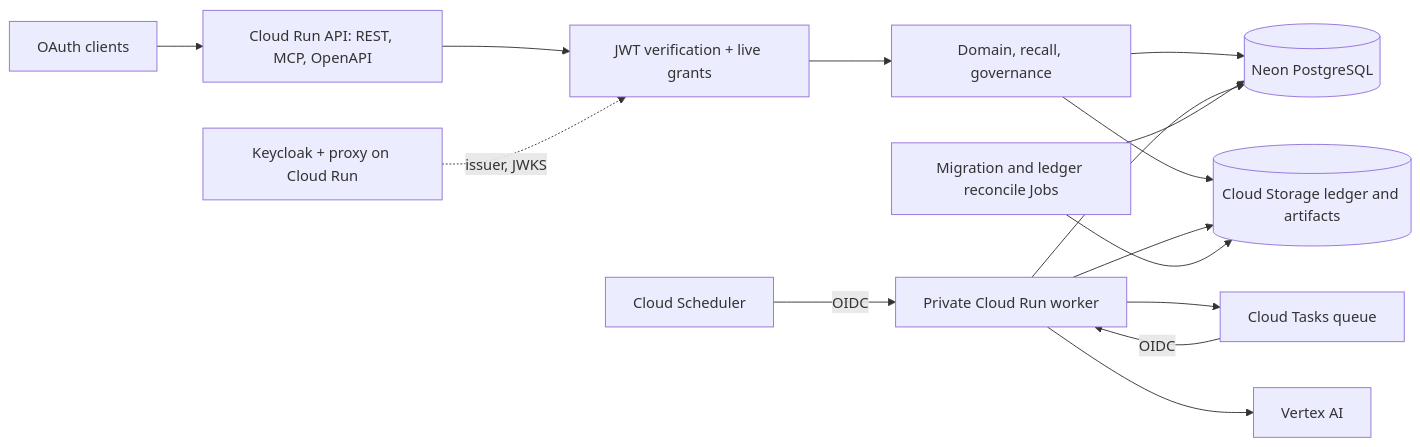
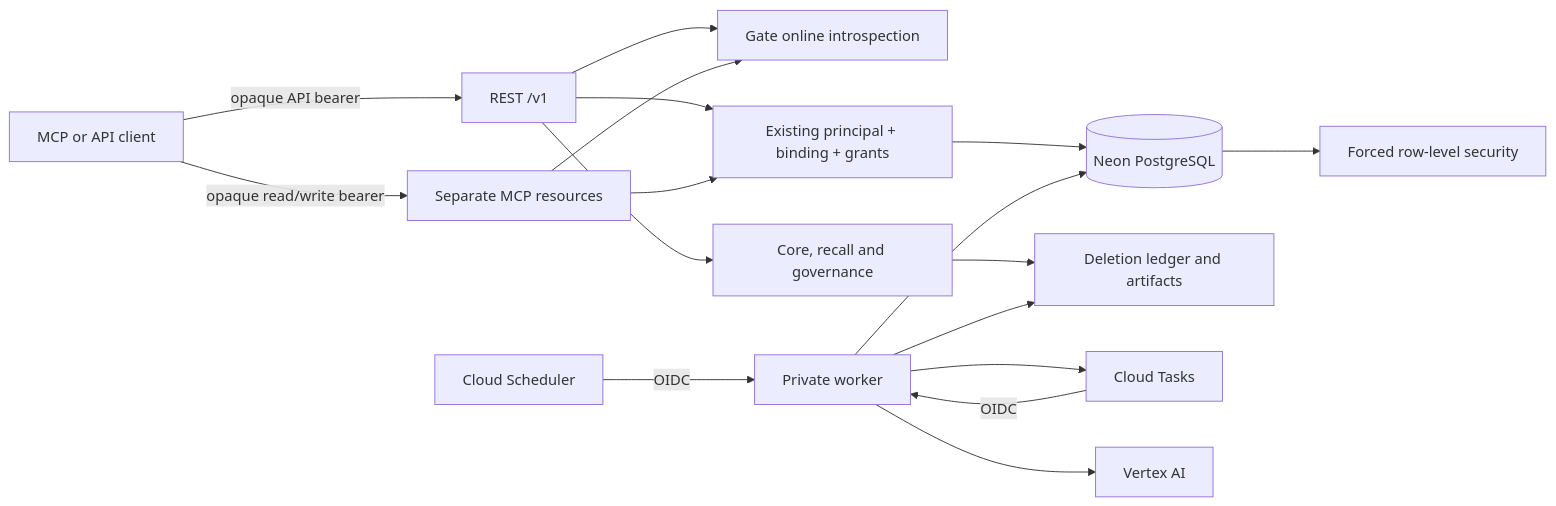
The diagram in docs/technical/infrastructure.md (takezoh/syntoria-lore), drawn with Mermaid before and after one commit. The commit also changed other lines of this file and 103 other files, not shown here.

First line of the commit message:
refactor: delegate authentication to Gate and keep Lore API-only

````diff
--- a/docs/technical/infrastructure.md
+++ b/docs/technical/infrastructure.md
@@ -7,17 +9,19 @@
 ```mermaid
 flowchart LR
-  Clients[OAuth clients] --> API[Cloud Run API: REST, MCP, OpenAPI]
-  API --> Verify[JWT verification + live grants]
-  Verify --> Core[Domain, recall, governance]
-  Core --> DB[(Neon PostgreSQL)]
-  Core --> GCS[(Cloud Storage ledger and artifacts)]
-  IdP[Keycloak + proxy on Cloud Run] -.->|issuer, JWKS| Verify
-  Scheduler[Cloud Scheduler] -->|OIDC| Worker[Private Cloud Run worker]
-  Worker --> Tasks[Cloud Tasks queue]
+  Client[MCP or API client] -->|opaque API bearer| API[REST /v1]
+  Client -->|opaque read/write bearer| MCP[Separate MCP resources]
+  API --> Gate[Gate online introspection]
+  MCP --> Gate
+  API --> Admission[Existing principal + binding + grants]
+  MCP --> Admission
+  Admission --> DB[(Neon PostgreSQL)]
+  DB --> RLS[Forced row-level security]
+  API --> Domain[Core, recall and governance]
+  Domain --> GCS[Deletion ledger and artifacts]
+  Scheduler[Cloud Scheduler] -->|OIDC| Worker[Private worker]
+  Worker --> Tasks[Cloud Tasks]
   Tasks -->|OIDC| Worker
   Worker --> DB
   Worker --> GCS
   Worker --> Vertex[Vertex AI]
-  Jobs[Migration and ledger reconcile Jobs] --> DB
-  Jobs --> GCS
 ```
````
